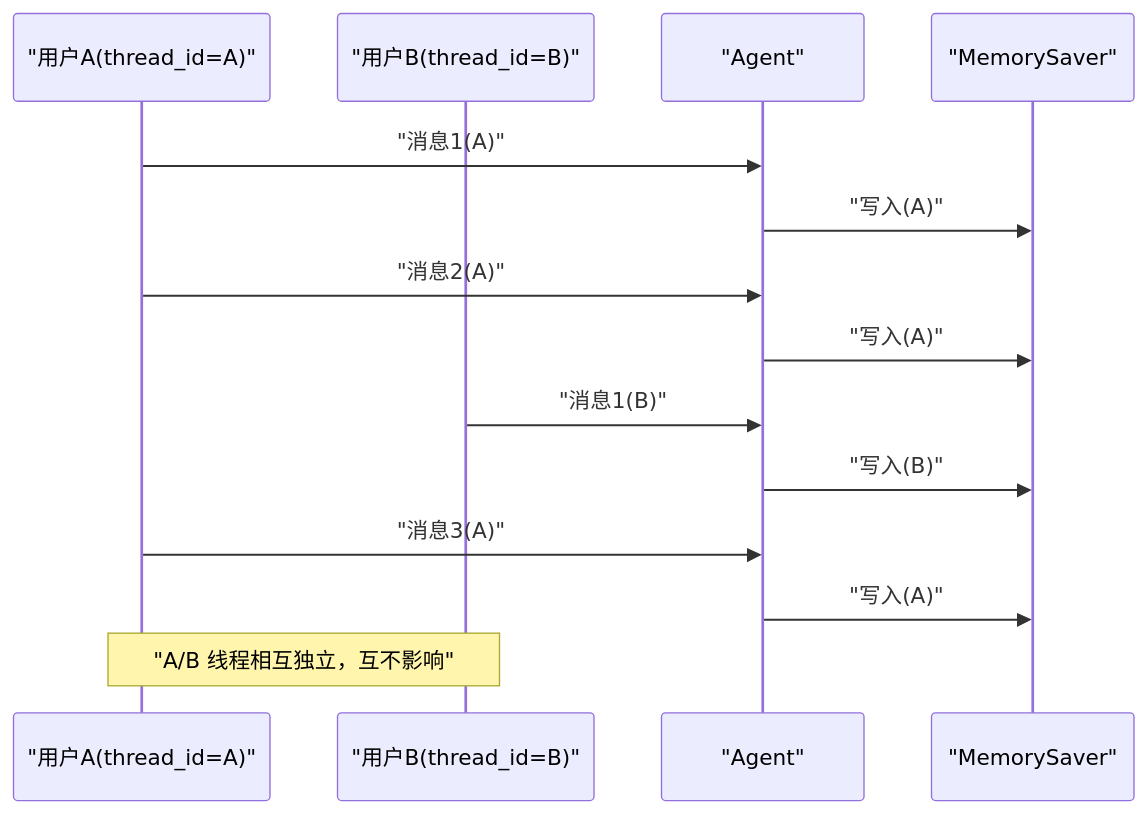
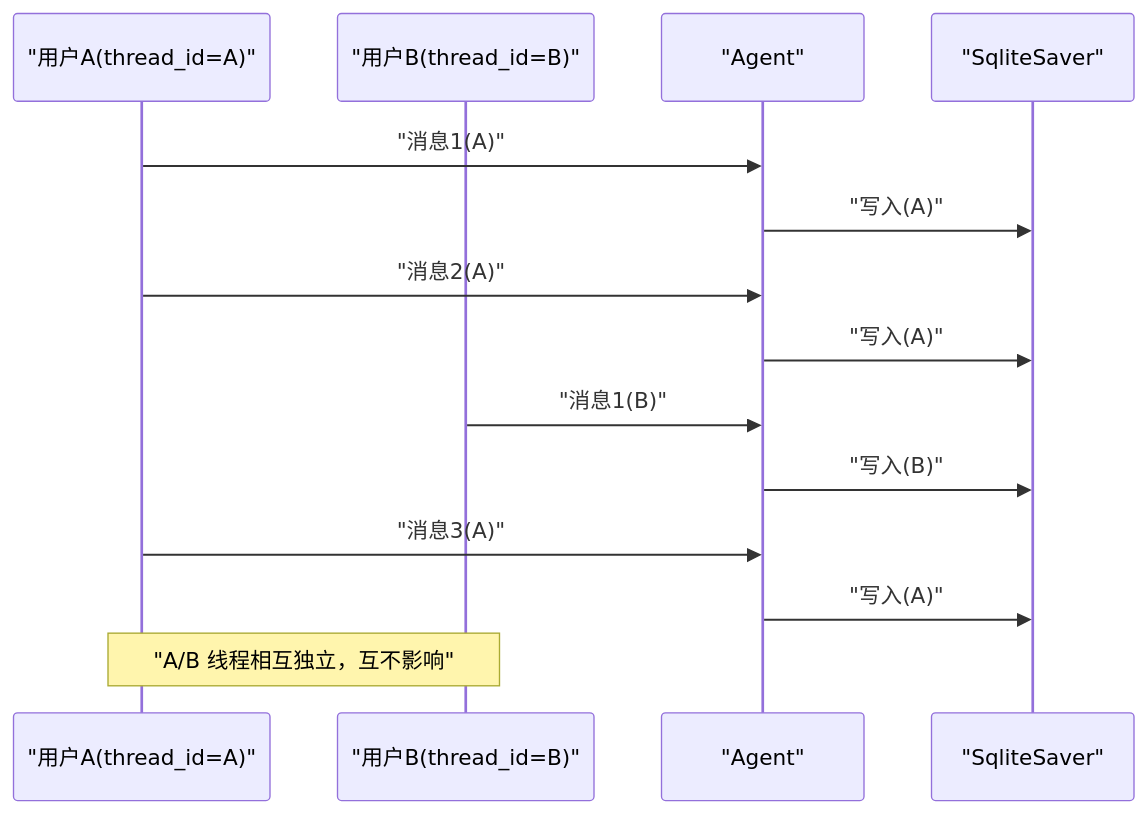
The fourth of 6 diagrams in .qoder/repowiki/zh/content/核心代理系统/会话管理机制.md (HAOFUYANG/onion-code), drawn with Mermaid before and after one commit. The commit also changed other lines of this file and 3 other files, not shown here.

````diff
--- a/.qoder/repowiki/zh/content/核心代理系统/会话管理机制.md
+++ b/.qoder/repowiki/zh/content/核心代理系统/会话管理机制.md
@@ -164,16 +166,16 @@
 ```mermaid
 sequenceDiagram
 participant U1 as "用户A(thread_id=A)"
 participant U2 as "用户B(thread_id=B)"
 participant AG as "Agent"
-participant CP as "MemorySaver"
+participant CP as "SqliteSaver"
 U1->>AG : "消息1(A)"
 AG->>CP : "写入(A)"
 U1->>AG : "消息2(A)"
 AG->>CP : "写入(A)"
 U2->>AG : "消息1(B)"
 AG->>CP : "写入(B)"
 U1->>AG : "消息3(A)"
 AG->>CP : "写入(A)"
 Note over U1,U2 : "A/B 线程相互独立，互不影响"
 ```
````
